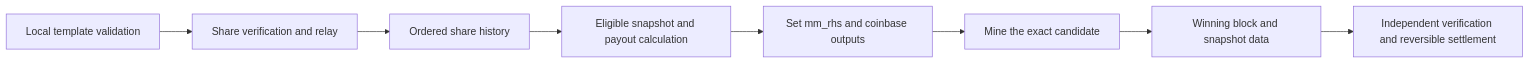
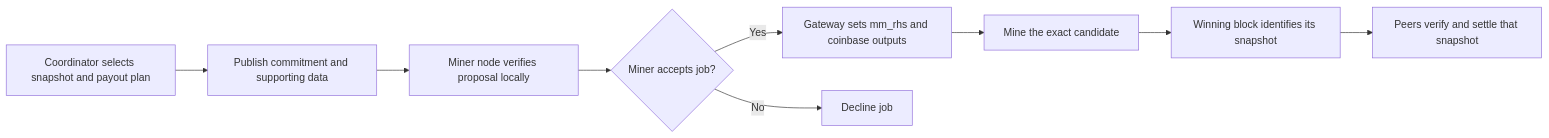
One commit to bitcoinknots/bitcoin changed the diagram in doc/sharepool-design.md. Above: the diagram before and after it, drawn with Mermaid. The commit also changed other lines of this file and 1 other file, not shown here.

Commit message:
Specify coordinator-provided settlement commitments for mining jobs

````diff
--- a/doc/sharepool-design.md
+++ b/doc/sharepool-design.md
@@ -52,10 +57,11 @@
 ```mermaid
 flowchart LR
-    A[Local template validation] --> B[Share verification and relay]
-    B --> C[Ordered share history]
-    C --> D[Eligible snapshot and payout calculation]
-    D --> E[Set mm_rhs and coinbase outputs]
+    A[Coordinator selects snapshot and payout plan] --> B[Publish commitment and supporting data]
+    B --> C[Miner node verifies proposal locally]
+    C --> D{Miner accepts job?}
+    D -->|Yes| E[Gateway sets mm_rhs and coinbase outputs]
+    D -->|No| I[Decline job]
     E --> F[Mine the exact candidate]
-    F --> G[Winning block and snapshot data]
-    G --> H[Independent verification and reversible settlement]
+    F --> G[Winning block identifies its snapshot]
+    G --> H[Peers verify and settle that snapshot]
 ```
````
